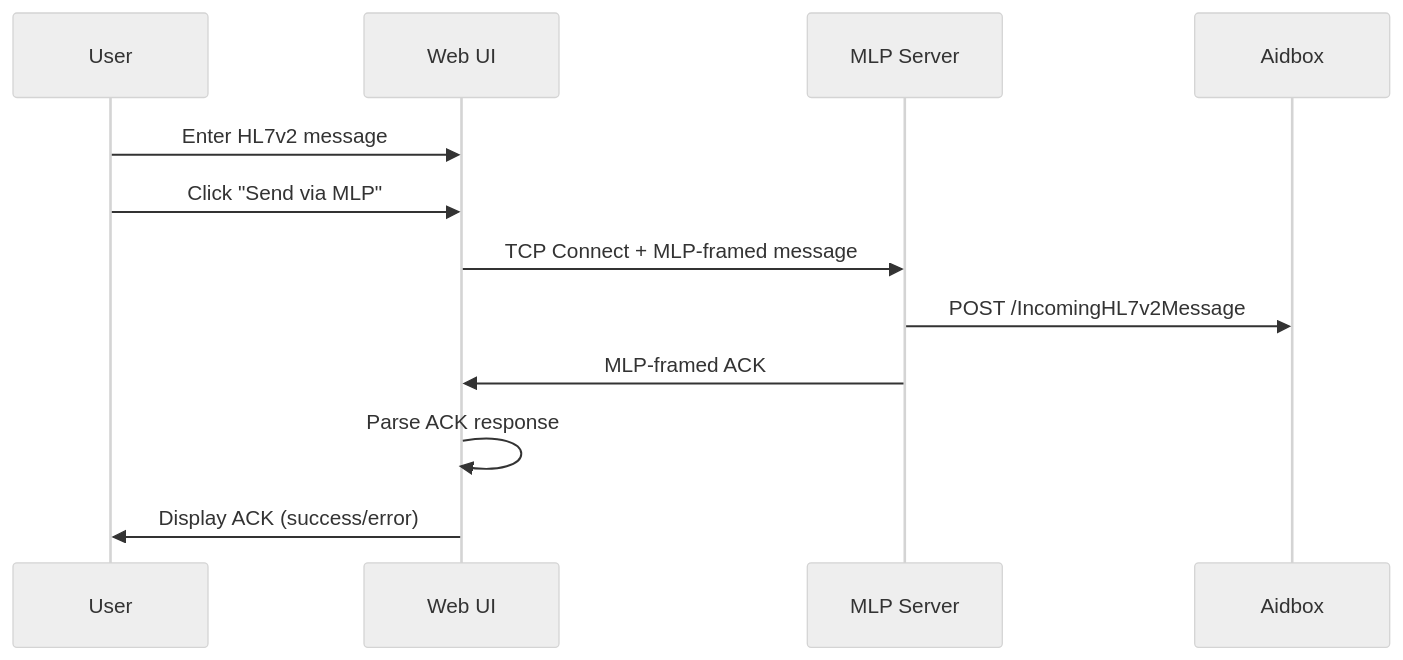
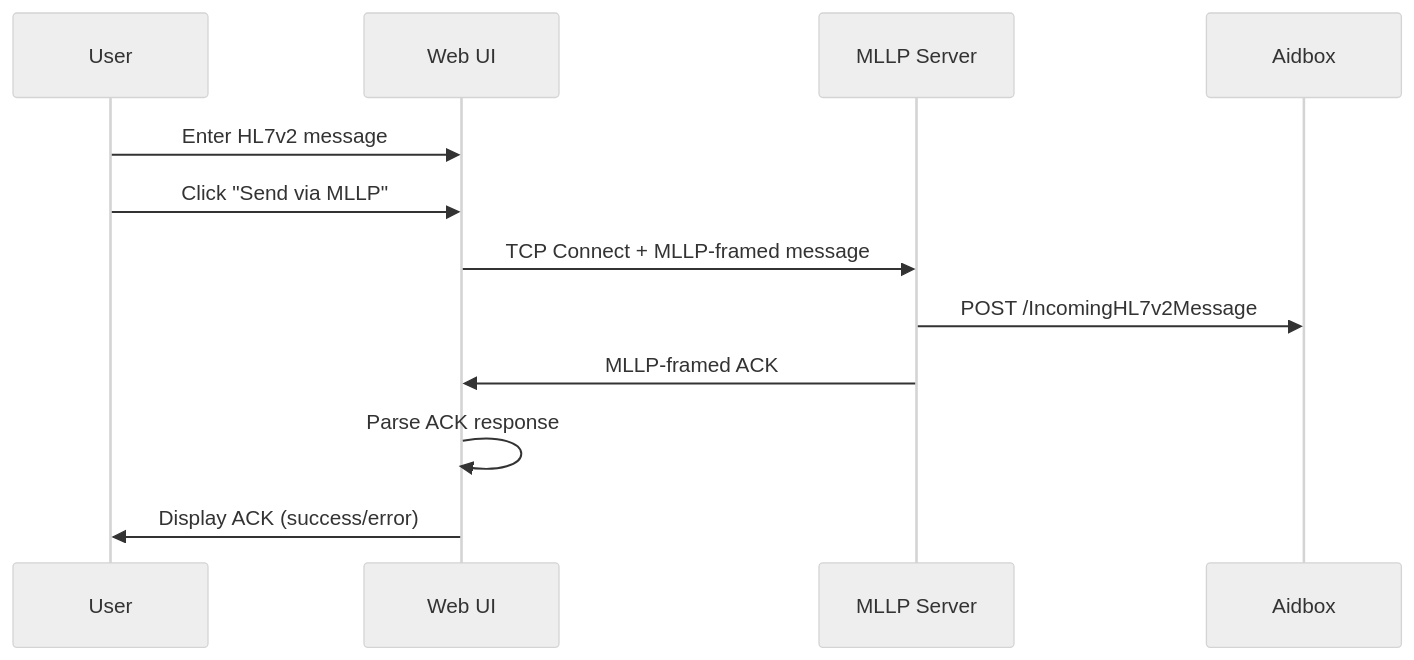
Before and after one commit to Aidbox/aidbox-hl7v2-example: the seventh of 7 diagrams in spec/architecture.md, drawn with Mermaid (neutral theme). The commit also changed other lines of this file and 7 other files, not shown here.

````diff
--- a/spec/architecture.md
+++ b/spec/architecture.md
@@ -292,17 +292,17 @@
 ```mermaid
 sequenceDiagram
     participant User
     participant UI as Web UI
-    participant MLP as MLP Server
+    participant MLLP as MLLP Server
     participant Aidbox
 
     User->>UI: Enter HL7v2 message
-    User->>UI: Click "Send via MLP"
+    User->>UI: Click "Send via MLLP"
 
-    UI->>MLP: TCP Connect + MLP-framed message
-    MLP->>Aidbox: POST /IncomingHL7v2Message
-    MLP->>UI: MLP-framed ACK
+    UI->>MLLP: TCP Connect + MLLP-framed message
+    MLLP->>Aidbox: POST /IncomingHL7v2Message
+    MLLP->>UI: MLLP-framed ACK
     UI->>UI: Parse ACK response
 
     UI->>User: Display ACK (success/error)
 ```
````
